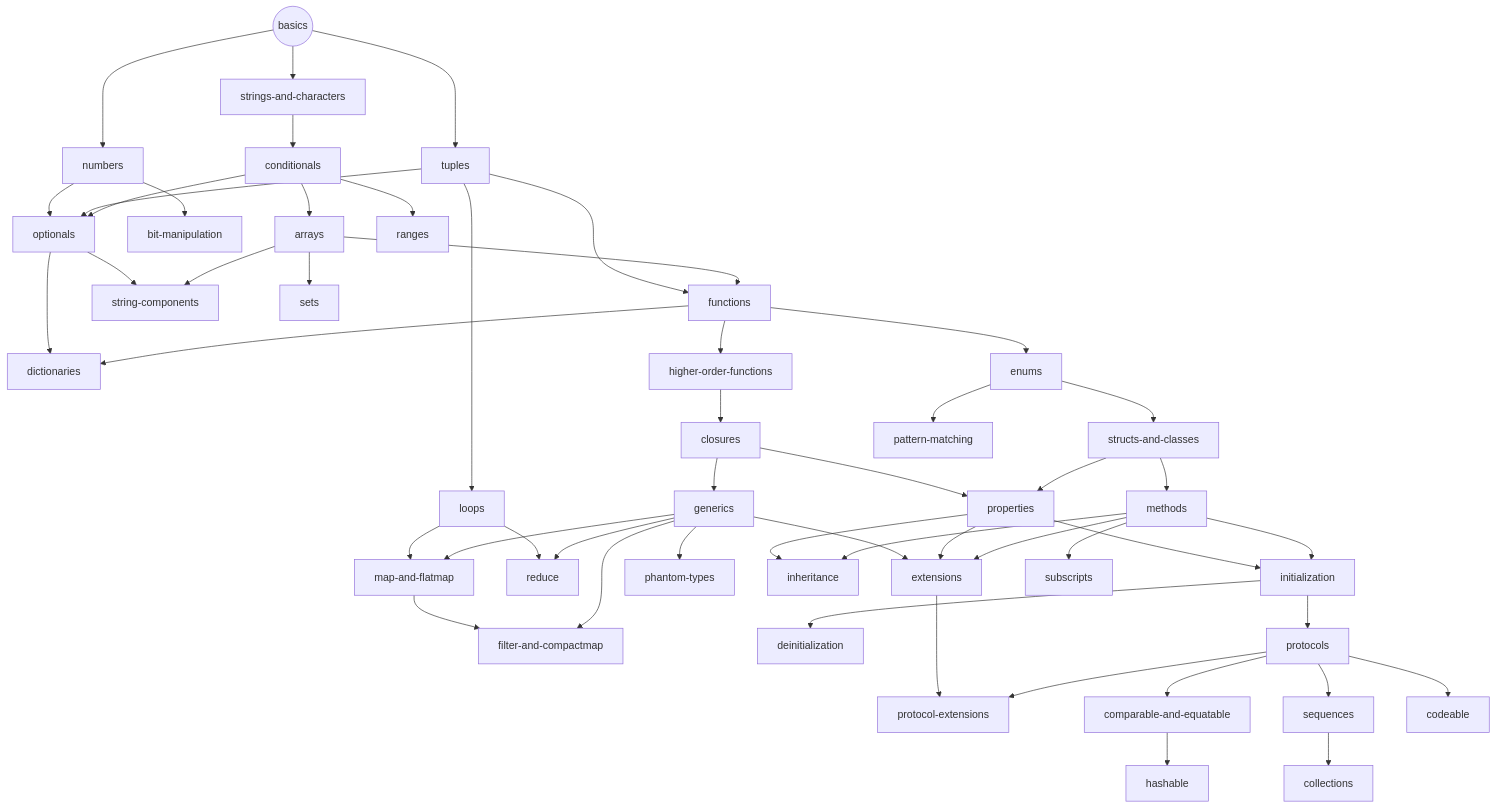
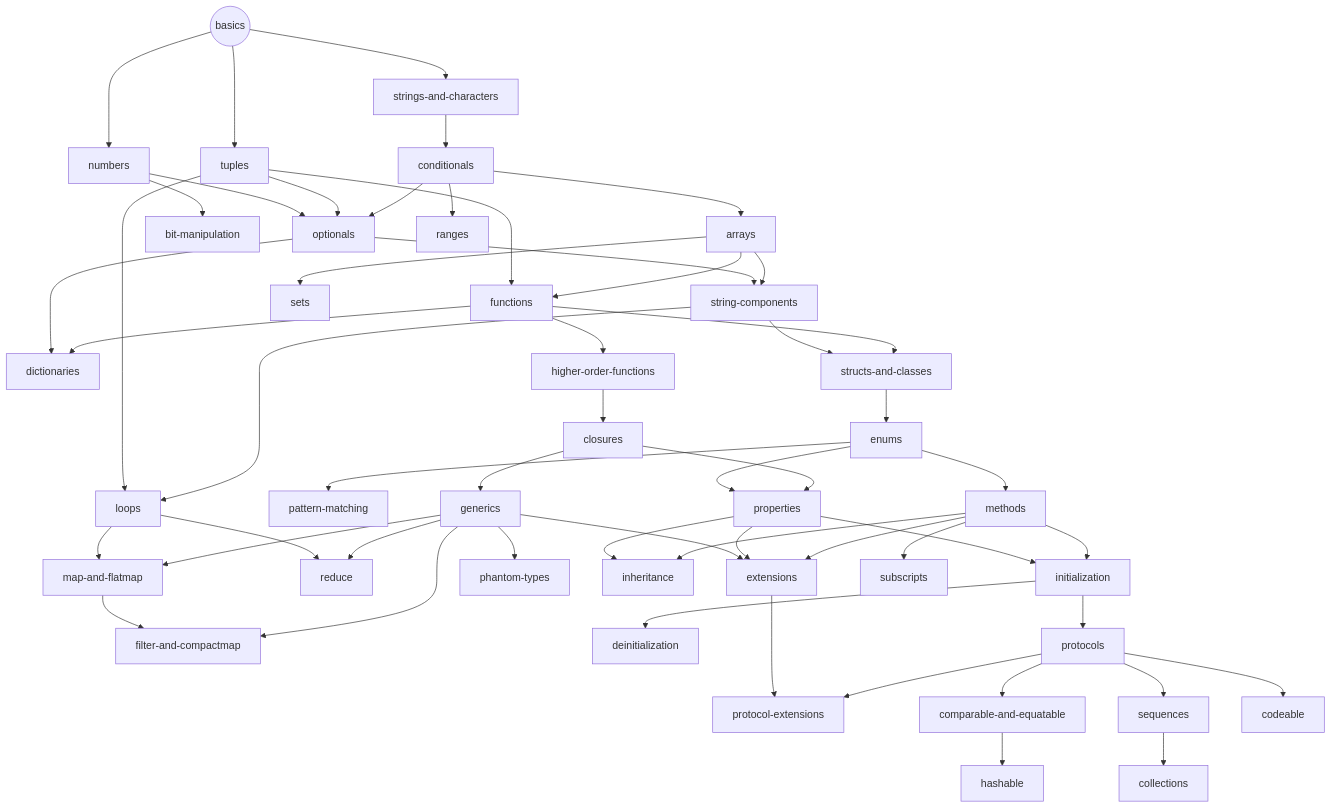
One commit to exercism/v3 changed the diagram in languages/swift/reference/progression.md. Above: the diagram before and after it, drawn with Mermaid.

Commit message:
Update progression.md
Added string-components ancestors.
Corrected enums/structs order

````diff
--- a/languages/swift/reference/progression.md
+++ b/languages/swift/reference/progression.md
@@ -14,74 +14,78 @@
 ```mermaid
 graph TD
 
 Start((basics)) --> numbers
 Start((basics)) --> strings-and-characters
 Start((basics)) --> tuples
 
 numbers --> optionals
 numbers --> bit-manipulation
 
 strings-and-characters --> conditionals
+
 tuples --> optionals
 tuples --> functions
 tuples --> loops
 
 loops --> map-and-flatmap
 loops --> reduce
 
 map-and-flatmap --> filter-and-compactmap
 
 conditionals --> optionals
 conditionals --> arrays
 conditionals --> ranges
 
 optionals --> string-components
 optionals --> dictionaries
 
 arrays --> string-components
 arrays --> functions
 arrays --> sets
 
+string-components --> structs-and-classes
+string-components --> loops
+
 functions --> dictionaries
 functions --> higher-order-functions
-functions --> enums
+functions --> structs-and-classes
 
 higher-order-functions --> closures
 
-enums --> structs-and-classes
+structs-and-classes --> enums
+
 enums --> pattern-matching
+enums --> methods
+enums --> properties
 
 closures --> properties
 closures --> generics
-
-structs-and-classes --> methods
-structs-and-classes --> properties
 
 generics --> map-and-flatmap
 generics --> filter-and-compactmap
 generics --> reduce
 generics --> extensions
 generics --> phantom-types
 
 properties --> inheritance
 properties --> initialization
 properties --> extensions
 
 methods --> inheritance
 methods --> initialization
 methods --> extensions
 methods --> subscripts
 
 initialization --> deinitialization
 initialization --> protocols
 
 extensions --> protocol-extensions
 
 protocols --> protocol-extensions
 protocols --> comparable-and-equatable
 protocols --> sequences
 protocols --> codeable
 
 comparable-and-equatable --> hashable
 sequences --> collections
 ```
````
